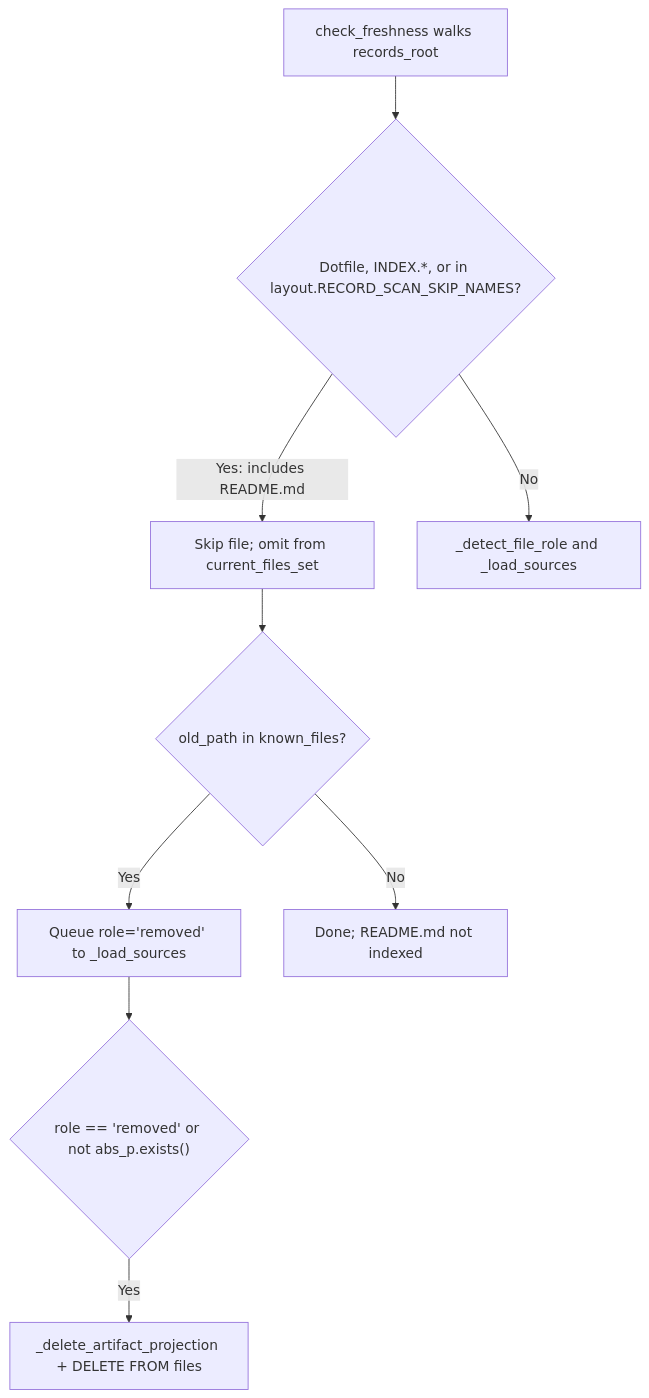
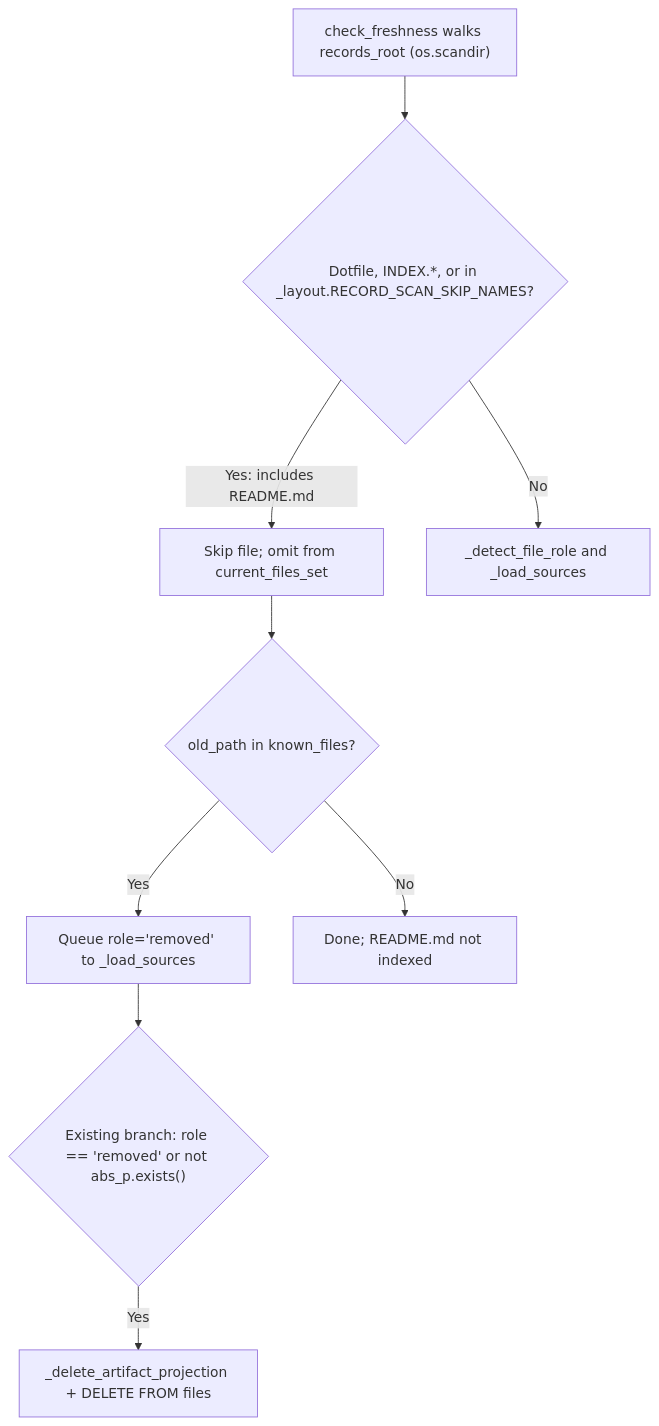
Before and after one commit to fariello/agent-workflows: the diagram in .aw/records/plans/pending/20261119-63v9ph-01-4q1rri-skip-readme-md-in-artifact-meta-check-freshness-records-root.ipd.md, drawn with Mermaid. The commit also changed other lines of this file and 1 other file, not shown here.

````diff
--- a/.aw/records/plans/pending/20261119-63v9ph-01-4q1rri-skip-readme-md-in-artifact-meta-check-freshness-records-root.ipd.md
+++ b/.aw/records/plans/pending/20261119-63v9ph-01-4q1rri-skip-readme-md-in-artifact-meta-check-freshness-records-root.ipd.md
@@ -80,11 +82,11 @@
 ```mermaid
 flowchart TD
-    W["check_freshness walks records_root"] --> F{"Dotfile, INDEX.*, or in layout.RECORD_SCAN_SKIP_NAMES?"}
+    W["check_freshness walks records_root (os.scandir)"] --> F{"Dotfile, INDEX.*, or in _layout.RECORD_SCAN_SKIP_NAMES?"}
     F -->|Yes: includes README.md| S["Skip file; omit from current_files_set"]
     F -->|No| R["_detect_file_role and _load_sources"]
     S --> D{"old_path in known_files?"}
     D -->|Yes| E["Queue role='removed' to _load_sources"]
-    E --> C{"role == 'removed' or not abs_p.exists()"}
+    E --> C{"Existing branch: role == 'removed' or not abs_p.exists()"}
     C -->|Yes| X["_delete_artifact_projection + DELETE FROM files"]
     D -->|No| N["Done; README.md not indexed"]
 ```
````
